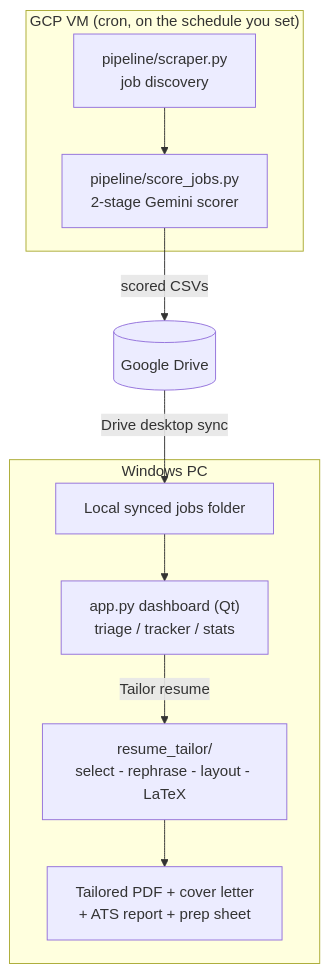
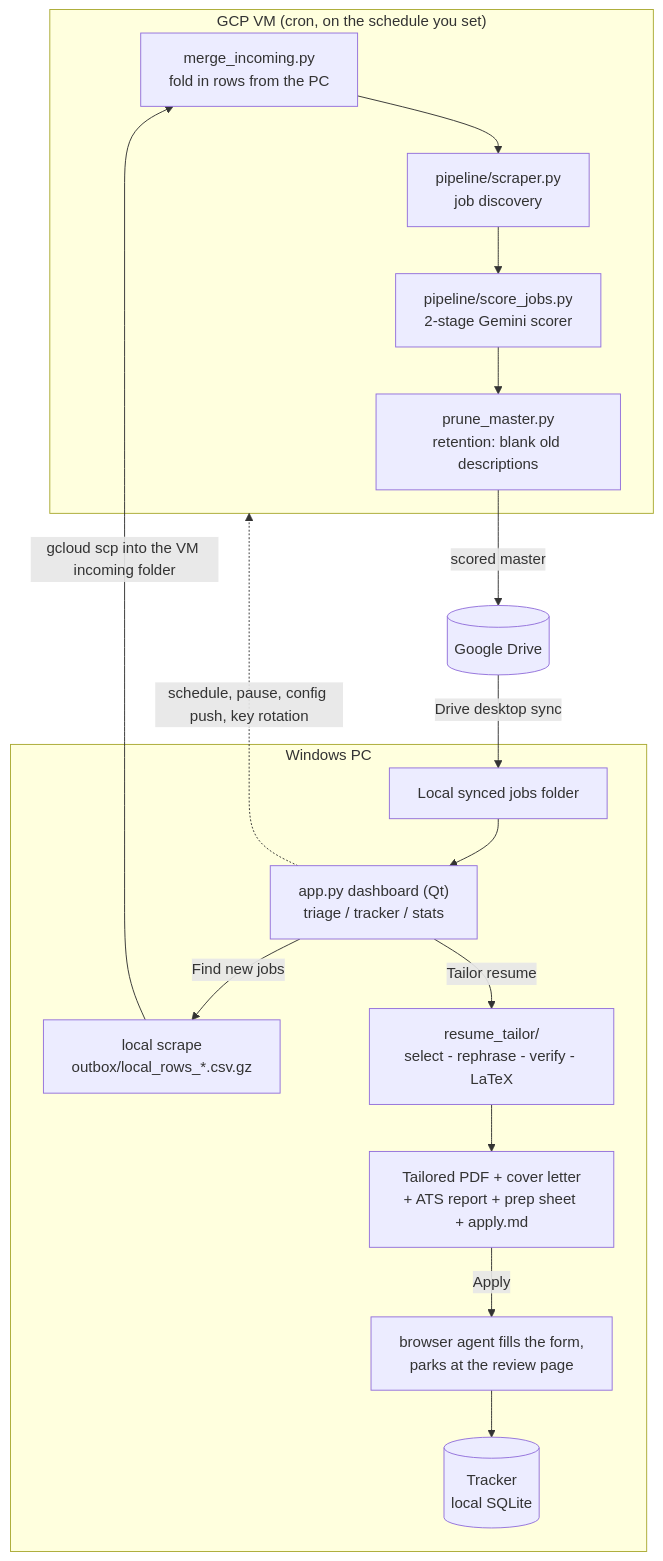
The first of 2 diagrams in README.md (yib7/INployed), drawn with Mermaid before and after one commit. The commit also changed other lines of this file and 1 other file, not shown here.

````diff
--- a/README.md
+++ b/README.md
@@ -47,13 +47,20 @@
 ```mermaid
 flowchart TD
     subgraph Cloud["GCP VM (cron, on the schedule you set)"]
-        A["pipeline/scraper.py<br/>job discovery"] --> B["pipeline/score_jobs.py<br/>2-stage Gemini scorer"]
+        M["merge_incoming.py<br/>fold in rows from the PC"] --> A["pipeline/scraper.py<br/>job discovery"]
+        A --> B["pipeline/score_jobs.py<br/>2-stage Gemini scorer"]
+        B --> PR["prune_master.py<br/>retention: blank old descriptions"]
     end
-    B -->|scored CSVs| C[("Google Drive")]
+    PR -->|scored master| C[("Google Drive")]
     C -->|Drive desktop sync| D["Local synced jobs folder"]
     subgraph Desktop["Windows PC"]
         D --> E["app.py dashboard (Qt)<br/>triage / tracker / stats"]
-        E -->|Tailor resume| F["resume_tailor/<br/>select - rephrase - layout - LaTeX"]
-        F --> G["Tailored PDF + cover letter<br/>+ ATS report + prep sheet"]
+        E -->|Find new jobs| L["local scrape<br/>outbox/local_rows_*.csv.gz"]
+        E -->|Tailor resume| F["resume_tailor/<br/>select - rephrase - verify - LaTeX"]
+        F --> G["Tailored PDF + cover letter<br/>+ ATS report + prep sheet + apply.md"]
+        G -->|Apply| H["browser agent fills the form,<br/>parks at the review page"]
+        H --> T[("Tracker<br/>local SQLite")]
     end
+    L -->|gcloud scp into the VM incoming folder| M
+    E -.->|schedule, pause, config push, key rotation| Cloud
 ```
````
